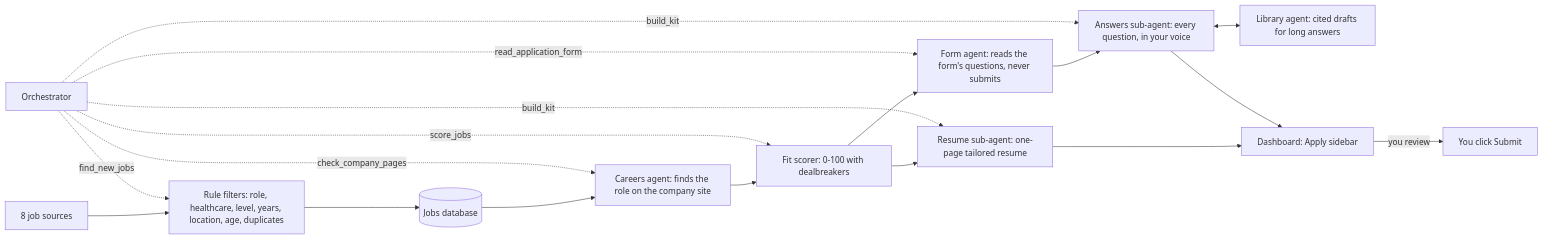
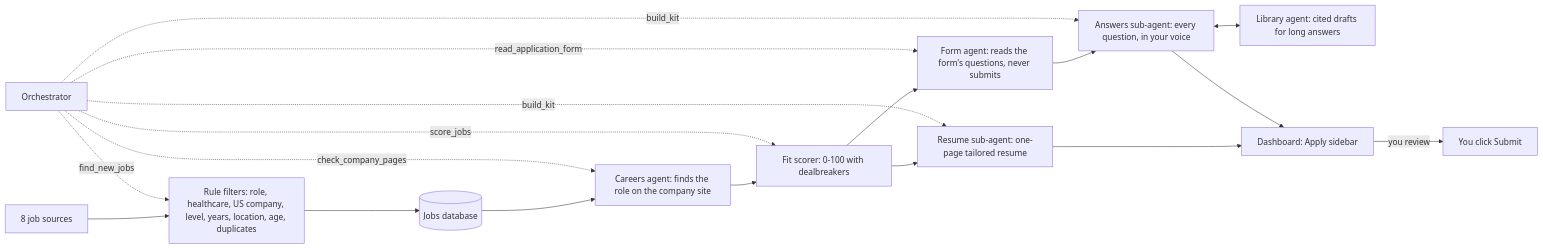
The diagram in README.md (armita-jamshidi/Apply_Auto), drawn with Mermaid before and after one commit. The commit also changed 10 other files, not shown here.

````diff
--- a/README.md
+++ b/README.md
@@ -46,20 +46,20 @@
 ```mermaid
 flowchart LR
-    C[8 job sources] --> F[Rule filters: role, healthcare, level, years, location, age, duplicates]
+    C[8 job sources] --> F[Rule filters: role, healthcare, US company, level, years, location, age, duplicates]
     F --> D[(Jobs database)]
     D --> K[Careers agent: finds the role on the company site]
     K --> S[Fit scorer: 0-100 with dealbreakers]
     S --> FA[Form agent: reads the form's questions, never submits]
     S --> R[Resume sub-agent: one-page tailored resume]
     FA --> A[Answers sub-agent: every question, in your voice]
     A <--> L[Library agent: cited drafts for long answers]
     R --> B[Dashboard: Apply sidebar]
     A --> B
     O[Orchestrator] -.->|find_new_jobs| F
     O -.->|check_company_pages| K
     O -.->|score_jobs| S
     O -.->|read_application_form| FA
     O -.->|build_kit| R
     O -.->|build_kit| A
     B -->|you review| H[You click Submit]
 ```
````
